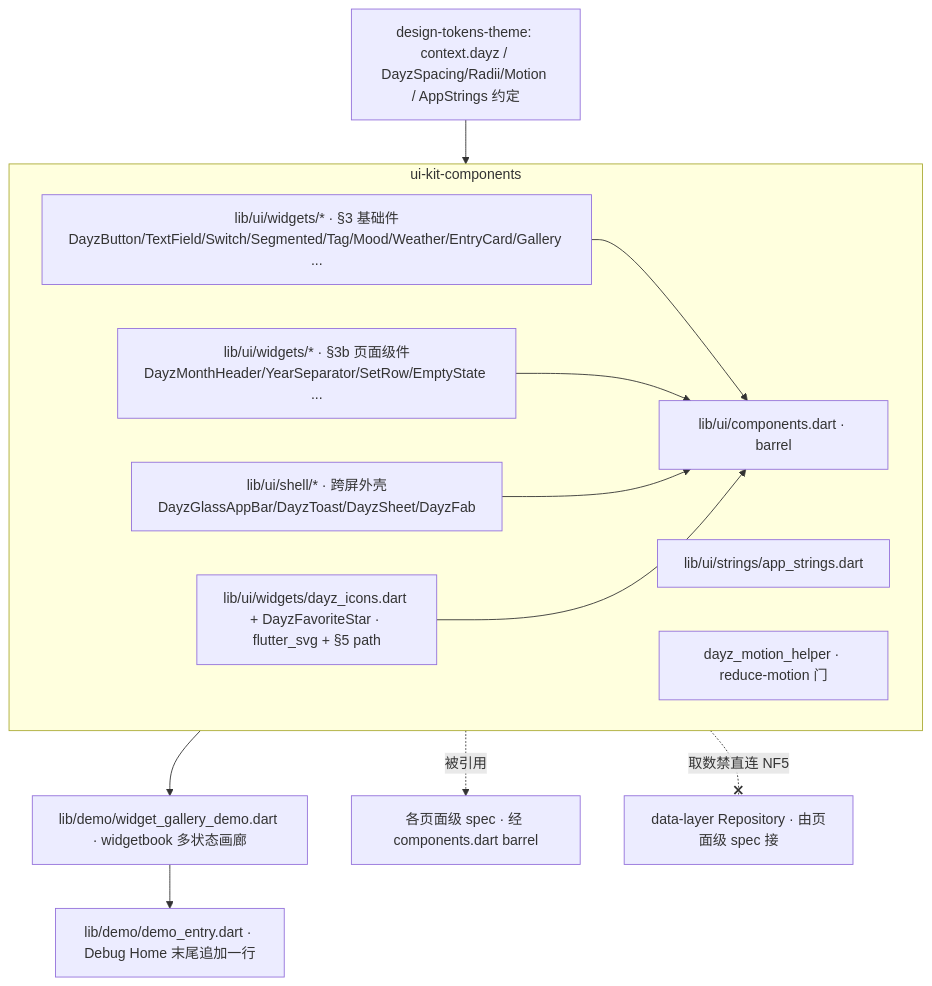
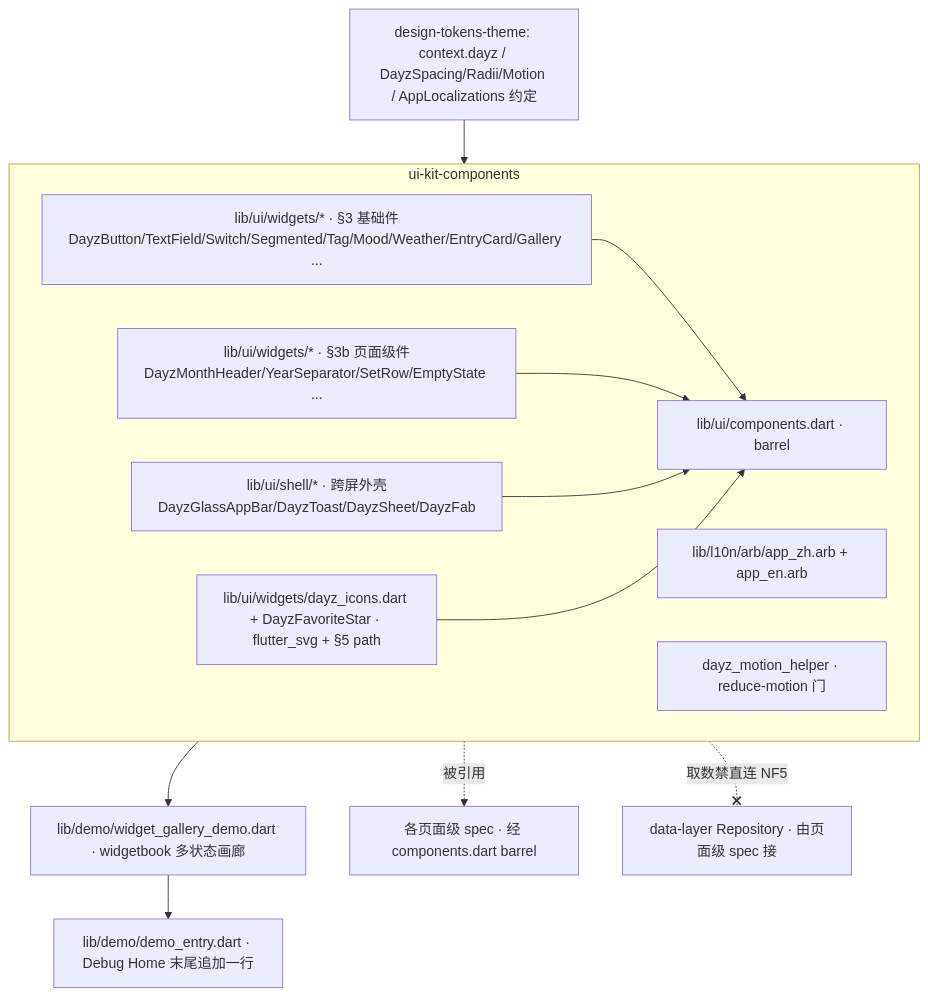
One commit to cr1992/DayZ changed the diagram in specs/active/ui-kit-components/design.md. Above: the diagram before and after it, drawn with Mermaid. The commit also changed other lines of this file and 104 other files, not shown here.

````diff
--- a/specs/active/ui-kit-components/design.md
+++ b/specs/active/ui-kit-components/design.md
@@ -103,21 +103,21 @@
 ```mermaid
 graph TD
-  TOK[design-tokens-theme: context.dayz / DayzSpacing/Radii/Motion / AppStrings 约定] --> KIT
+  TOK[design-tokens-theme: context.dayz / DayzSpacing/Radii/Motion / AppLocalizations 约定] --> KIT
   subgraph KIT[ui-kit-components]
     BASE[lib/ui/widgets/* · §3 基础件\nDayzButton/TextField/Switch/Segmented/Tag/Mood/Weather/EntryCard/Gallery ...]
     PAGE[lib/ui/widgets/* · §3b 页面级件\nDayzMonthHeader/YearSeparator/SetRow/EmptyState ...]
     SHELL[lib/ui/shell/* · 跨屏外壳\nDayzGlassAppBar/DayzToast/DayzSheet/DayzFab]
     ICON[lib/ui/widgets/dayz_icons.dart + DayzFavoriteStar · flutter_svg + §5 path]
-    STR[lib/ui/strings/app_strings.dart]
+    STR[lib/l10n/arb/app_zh.arb + app_en.arb]
     MO[dayz_motion_helper · reduce-motion 门]
     BAR[lib/ui/components.dart · barrel]
   end
   BASE --> BAR
   PAGE --> BAR
   SHELL --> BAR
   ICON --> BAR
   KIT --> GAL[lib/demo/widget_gallery_demo.dart · widgetbook 多状态画廊]
   GAL --> DH[lib/demo/demo_entry.dart · Debug Home 末尾追加一行]
   KIT -. 被引用 .-> PAGES[各页面级 spec · 经 components.dart barrel]
   KIT -. 取数禁直连 NF5 .-x REPO[data-layer Repository · 由页面级 spec 接]
 ```
````
